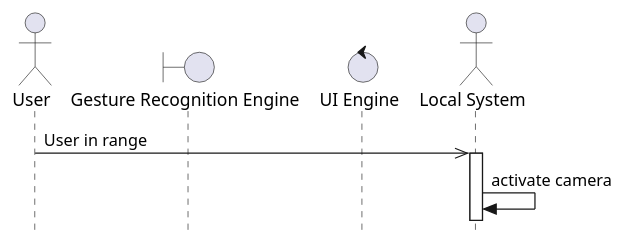
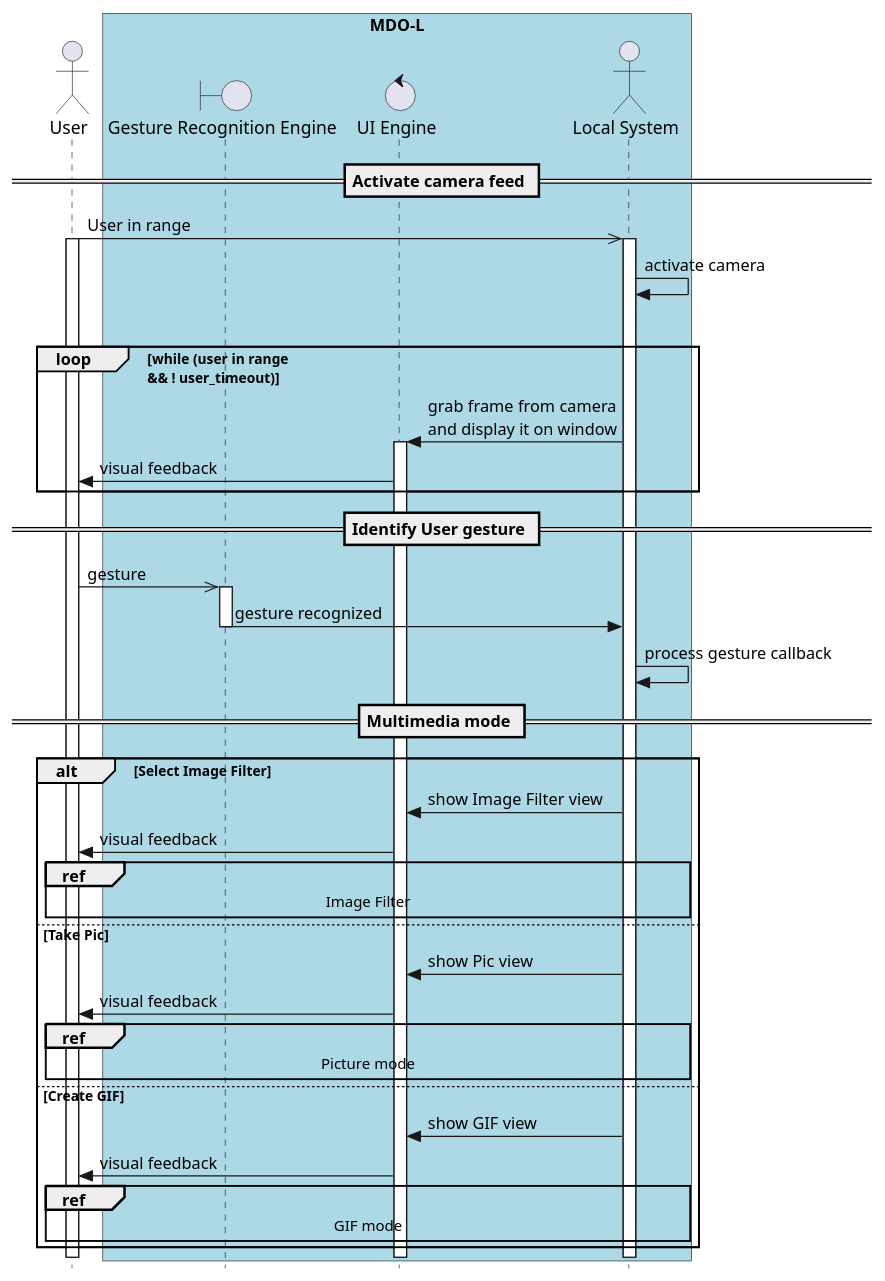
Diagram 16 of 16 in Proj/readme.org (ElectroQuanta/MDO), drawn with PlantUML before and after one commit. The commit also changed 1 other file, not shown here.

Commit message:
UPDT: local: seq-diag - interaction mode

```diff
--- a/Proj/readme.org
+++ b/Proj/readme.org
@@ -565,34 +565,71 @@
 #+BEGIN_SRC plantuml :file diags/plantuml/seq-diag/output/interaction-mode.png
-@startuml
-' ---------- SETUP ----------------
-' strict uml style and hide footboxes
-skinparam style strictuml
-hide footbox
-' for anchors and duration this may be required (uncomment)
-' !pragma teoz true
+  @startuml
+  ' ---------- SETUP ----------------
+  ' strict uml style and hide footboxes
+  skinparam style strictuml
+  hide footbox
+  ' for anchors and duration this may be required (uncomment)
+  ' !pragma teoz true
 
-' ---------- Declaring participants
-' participant Participant as Foo
-actor User
-boundary "Gesture Recognition Engine" as GRE
-control "UI Engine" as UIE
-actor "Local System" as LS
-' entity      Entity      as Foo4
-' database    Database    as Foo5
-' collections Collections as Foo6
-' queue       Queue       as Foo7
-' Foo -> Foo1 : To actor 
-' Foo -> Foo2 : To boundary
-' Foo -> Foo3 : To control
-' Foo -> Foo4 : To entity
-' Foo -> Foo5 : To database
-' Foo -> Foo6 : To collections
-' Foo -> Foo7: To queue
+  ' ---------- Declaring participants
+  ' participant Participant as Foo
+  actor User
+  box "MDO-L" #LightBlue
+  boundary "Gesture Recognition Engine" as GRE
+  control "UI Engine" as UIE
+  actor "Local System" as LS
+  endbox
+  ' entity      Entity      as Foo4
+  ' database    Database    as Foo5
+  ' collections Collections as Foo6
+  ' queue       Queue       as Foo7
+  ' Foo -> Foo1 : To actor 
+  ' Foo -> Foo2 : To boundary
+  ' Foo -> Foo3 : To control
+  ' Foo -> Foo4 : To entity
+  ' Foo -> Foo5 : To database
+  ' Foo -> Foo6 : To collections
+  ' Foo -> Foo7: To queue
 
-' async message
-User ->> LS: User in range
-activate LS
-LS -> LS: activate camera
+  ' async message
+== Activate camera feed ==
+  User ->> LS: User in range
+  activate User
+  activate LS
+  LS -> LS: activate camera
 
-@enduml
+  par
+      loop while (user in range \n&& ! user_timeout)
+          LS -> UIE: grab frame from camera \nand display it on window
+	  activate UIE
+	  UIE -> User: visual feedback
+      end
+
+== Identify User gesture ==
+User ->> GRE: gesture
+activate GRE
+GRE -> LS: gesture recognized
+deactivate GRE
+LS -> LS: process gesture callback
+== Multimedia mode ==
+alt Select Image Filter
+LS -> UIE: show Image Filter view
+UIE -> User: visual feedback
+ref over User, GRE, UIE, LS: Image Filter
+else Take Pic
+LS -> UIE: show Pic view
+UIE -> User: visual feedback
+ref over User, GRE, UIE, LS: Picture mode
+else Create GIF
+LS -> UIE: show GIF view
+UIE -> User: visual feedback
+ref over User, GRE, UIE, LS: GIF mode
+'' LS -> LS: process gesture \ncallback
+'' LS -> UIE: provide output
+'' UIE -> User: visual feedback
+      
+  end
+		
+
+  @enduml
 #+END_SRC
```
